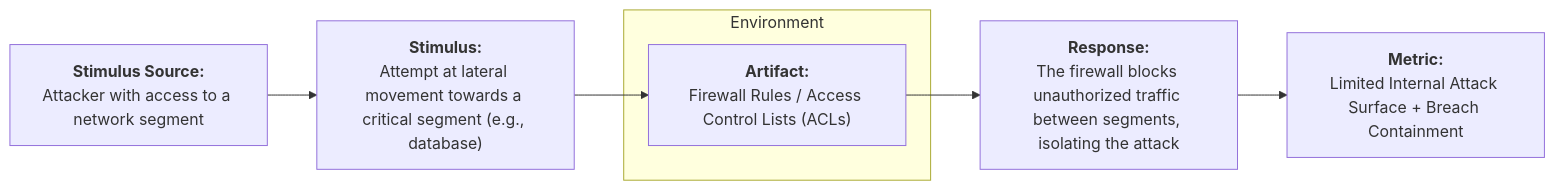
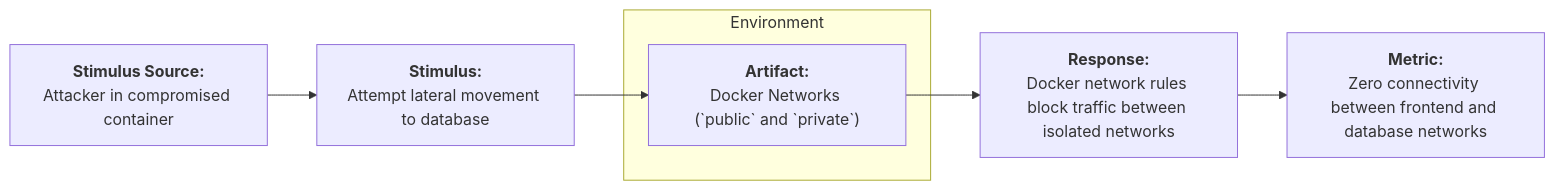
Before and after one commit to juanalytics/tussi: the seventh of 12 diagrams in README.md, drawn with Mermaid. The commit also changed other lines of this file, not shown here.

````diff
--- a/README.md
+++ b/README.md
@@ -564,14 +564,14 @@
 ```mermaid
 graph LR
-    A["<b>Stimulus Source:</b><br/>Attacker with access to a network segment"] --> B["<b>Stimulus:</b><br/>Attempt at lateral movement towards a critical segment (e.g., database)"]
+    A["<b>Stimulus Source:</b><br/>Attacker in compromised container"] --> B["<b>Stimulus:</b><br/>Attempt lateral movement to database"]
     
     B --> C_sub
     
     subgraph Environment
-        C_sub["<b>Artifact:</b><br/>Firewall Rules / Access Control Lists (ACLs)"]
+        C_sub["<b>Artifact:</b><br/>Docker Networks (`public` and `private`)"]
     end
     
-    C_sub --> D["<b>Response:</b><br/>The firewall blocks unauthorized traffic between segments, isolating the attack"]
+    C_sub --> D["<b>Response:</b><br/>Docker network rules block traffic between isolated networks"]
     
-    D --> E["<b>Metric:</b><br/>Limited Internal Attack Surface + Breach Containment"]
+    D --> E["<b>Metric:</b><br/>Zero connectivity between frontend and database networks"]
 ```
````
